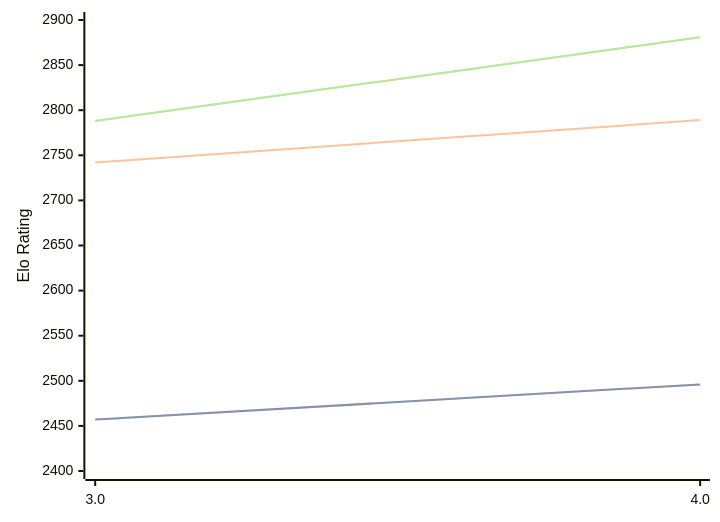
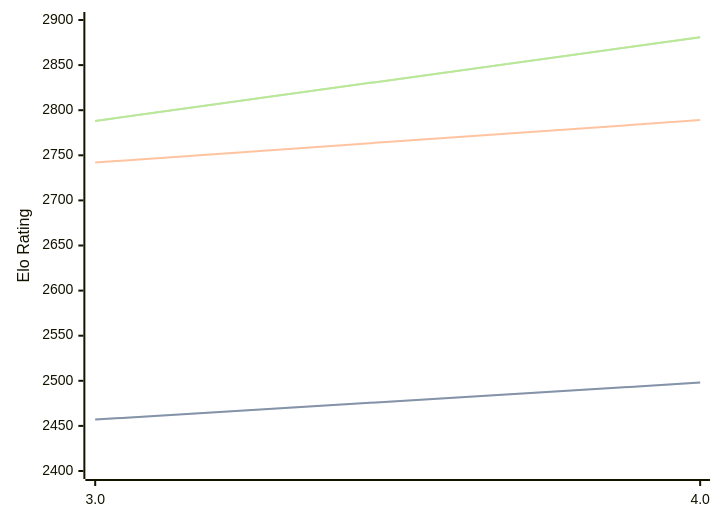
The first of 3 diagrams in engines/Chess3.md (computer-chess-index/cci), drawn with Mermaid before and after one commit. The commit also changed other lines of this file, not shown here.

````diff
--- a/engines/Chess3.md
+++ b/engines/Chess3.md
@@ -34,11 +34,11 @@
 ```mermaid
 %%{init: {"theme":"base","themeVariables":{"seriesColors:['#a3a3a3','#222221','#faa371']}}}%%
 xychart-beta
   x-axis ["3.0", "4.0"]
   y-axis "Elo Rating" 2400 --> 2900
-  line "STC (8.0+0.08s)" [2457, 2496]
-  line "STC (8.0+0.08s)" [2457, 2496]
+  line "STC (8.0+0.08s)" [2457, 2498]
+  line "STC (8.0+0.08s)" [2457, 2498]
   line "LTC (60.0+0.60s)" [2742, 2789]
   line "VLTC (2m24s+1.12s)" [2788, 2881]
   line "VLTC (2m24s+1.12s)" [2788, 2881]
 ```
````
